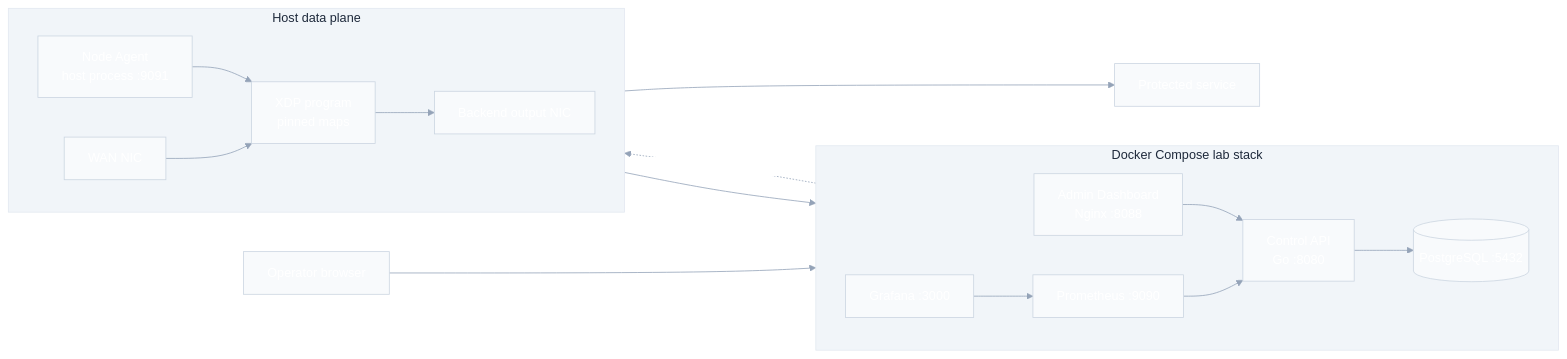
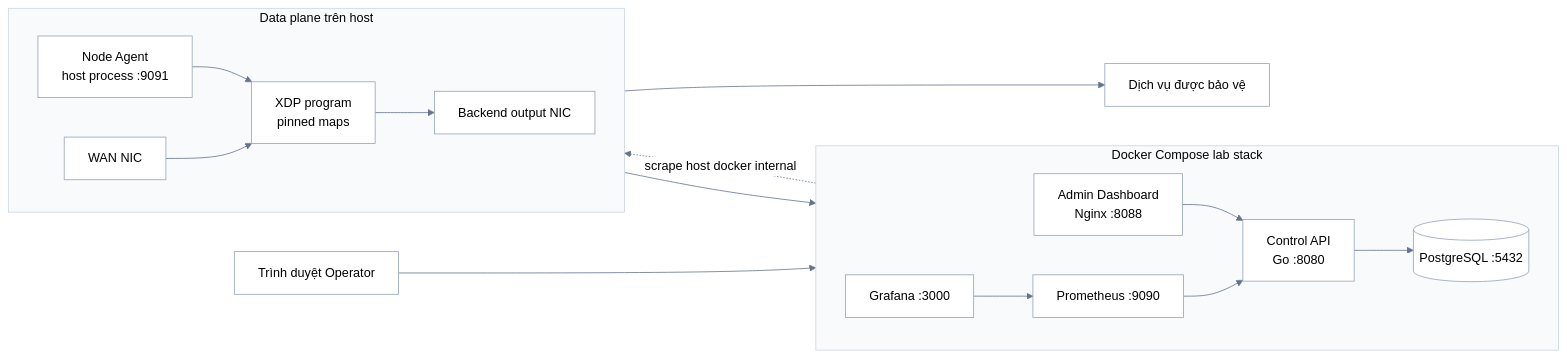
One commit to ken9xkyo/anti-ddos changed the seventh of 7 diagrams in docs/System-Architecture-Design.md. Above: the diagram before and after it, drawn with Mermaid. The commit also changed other lines of this file and 14 other files, not shown here.

````diff
--- a/docs/System-Architecture-Design.md
+++ b/docs/System-Architecture-Design.md
@@ -435,36 +453,36 @@
 ```mermaid
-%%{init: {'theme':'base','themeVariables': {'primaryColor':'#4f46e5','primaryTextColor':'#ffffff','primaryBorderColor':'#3730a3','lineColor':'#94a3b8','secondaryColor':'#10b981','tertiaryColor':'#f59e0b','background':'#ffffff','mainBkg':'#f8fafc','nodeBorder':'#cbd5e1','clusterBkg':'#f1f5f9','clusterBorder':'#e2e8f0','titleColor':'#1e293b','edgeLabelBackground':'#ffffff','textColor':'#334155'}}}%%
+%%{init: {'theme':'base','themeVariables': {'primaryColor':'#f8fafc','primaryTextColor':'#000000','primaryBorderColor':'#94a3b8','lineColor':'#64748b','secondaryColor':'#e0f2fe','tertiaryColor':'#fef3c7','background':'#ffffff','mainBkg':'#ffffff','nodeBorder':'#94a3b8','clusterBkg':'#f8fafc','clusterBorder':'#cbd5e1','titleColor':'#000000','edgeLabelBackground':'#ffffff','textColor':'#000000','nodeTextColor':'#000000','labelTextColor':'#000000'}}}%%
 flowchart LR
-    browser[Operator browser]
+    browser[Trình duyệt Operator]
 
     subgraph compose["Docker Compose lab stack"]
         direction LR
         dashboard[Admin Dashboard<br/>Nginx :8088]
         api[Control API<br/>Go :8080]
         db[(PostgreSQL :5432)]
         prometheus[Prometheus :9090]
         grafana[Grafana :3000]
     end
 
-    subgraph host["Host data plane"]
+    subgraph host["Data plane trên host"]
         direction LR
         agent[Node Agent<br/>host process :9091]
         xdp[XDP program<br/>pinned maps]
         wan[WAN NIC]
         output[Backend output NIC]
     end
 
-    service[Protected service]
+    service[Dịch vụ được bảo vệ]
 
     browser --> dashboard
     dashboard --> api
     api --> db
     grafana --> prometheus
     prometheus --> api
     prometheus -. scrape host docker internal .-> agent
     agent --> api
     agent --> xdp
     wan --> xdp
     xdp --> output
     output --> service
 ```
````
